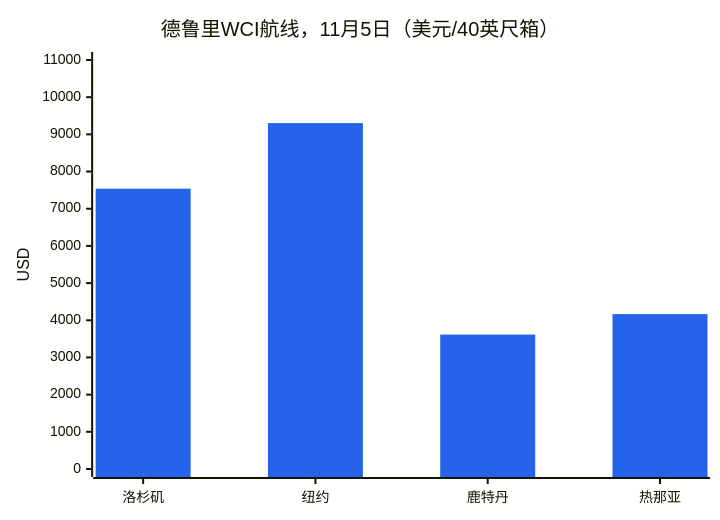
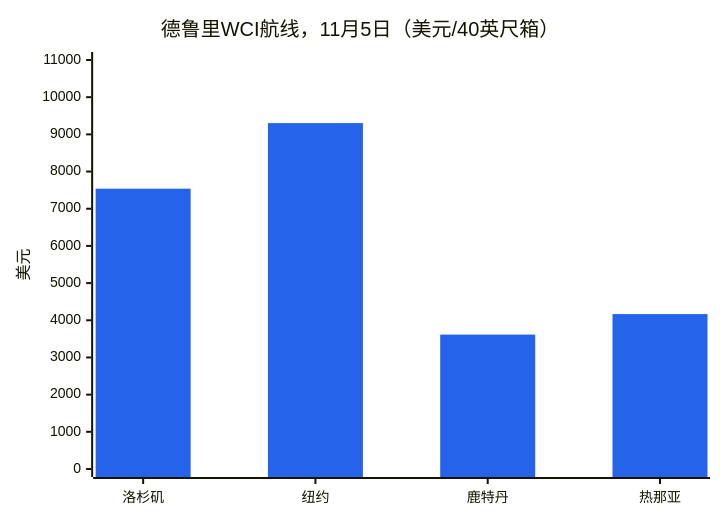
Before and after one commit to dureach/research: the fourth of 9 diagrams in Global-Trade-Intelligence-weekly-2026-11-09/index.zh.md, drawn with Mermaid. The commit also changed other lines of this file and 5 other files, not shown here.

````diff
--- a/Global-Trade-Intelligence-weekly-2026-11-09/index.zh.md
+++ b/Global-Trade-Intelligence-weekly-2026-11-09/index.zh.md
@@ -383,8 +383,8 @@
 ```mermaid
 %%{init: {'theme': 'base', 'themeVariables': {'xyChart': {'plotColorPalette': '#2563eb'}}}}%%
 xychart-beta
     title "德鲁里WCI航线，11月5日（美元/40英尺箱）"
     x-axis ["洛杉矶", "纽约", "鹿特丹", "热那亚"]
-    y-axis "USD" 0 --> 11000
+    y-axis "美元" 0 --> 11000
     bar [7539, 9303, 3615, 4166]
 ```
````
